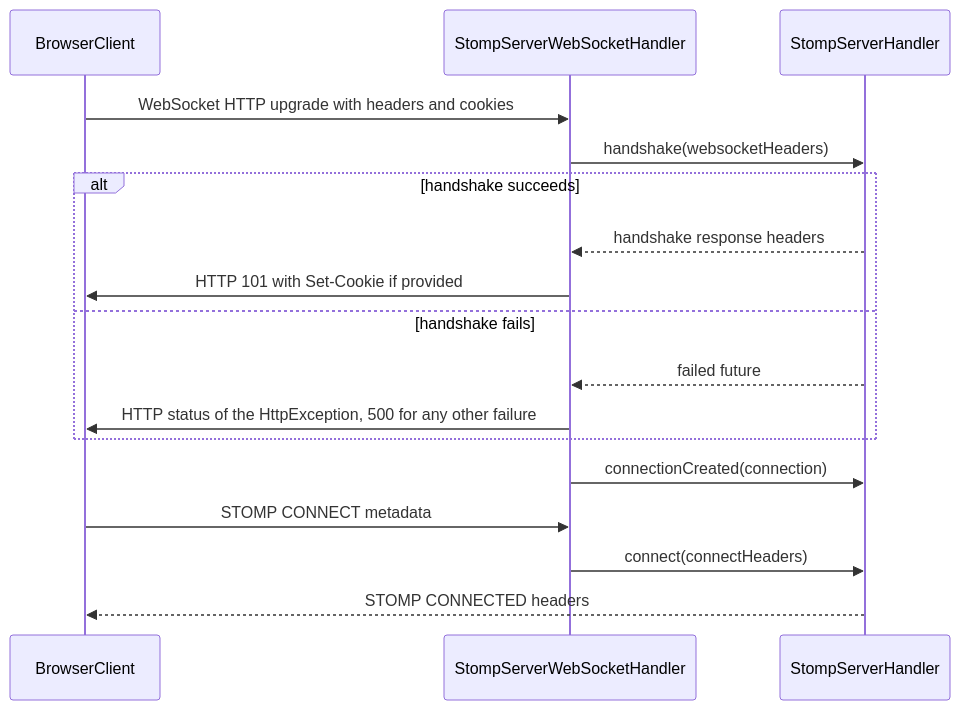
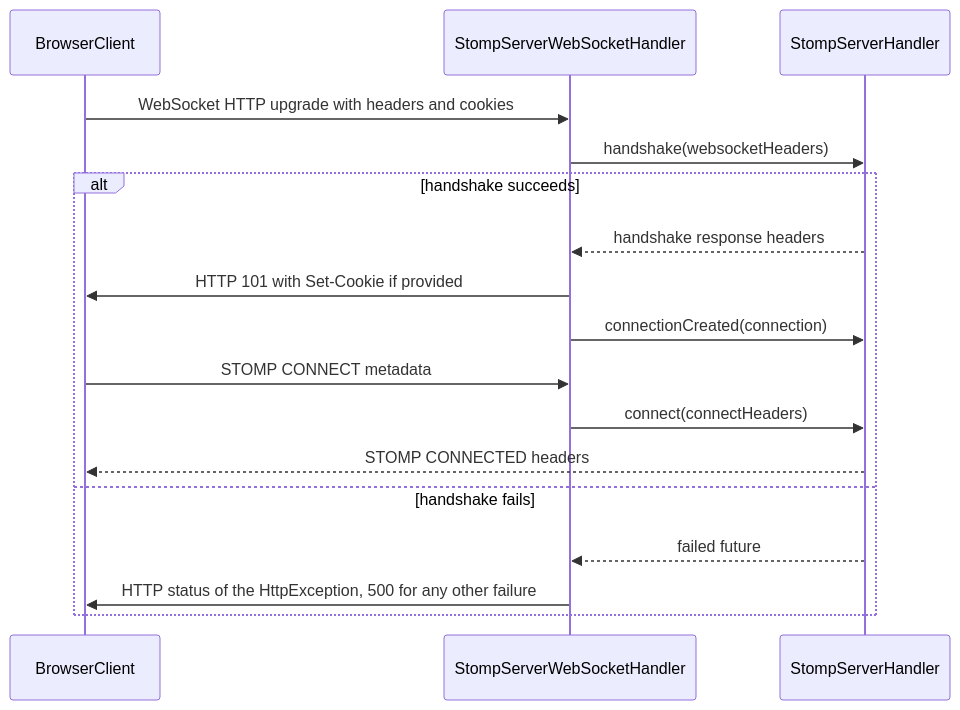
The first of 2 diagrams in README.md (kinotic-ai/vertx-stomp-lite), drawn with Mermaid before and after one commit. The commit also changed other lines of this file and 1 other file, not shown here.

Commit message:
Say which clients can read a failed handshake's status, and prove the status is the exception's
The README's handshake section names the clients that can tell a 401 from a 503: a browser's WebSocket API withholds the status of a failed upgrade, so only a client that reads it, such as the Vert.x client, can. Its sequence diagram keeps connectionCreated and the CONNECT exchange inside the branch where the handshake succeeded, since a failed handshake ends the response without a connection. The HttpException test fails the handshake with a 503, which a server answering every failure with a 401 would not pass.

Claude-Session: https://claude.ai/code/session_0168eKzEJ5brHcJUqrujffDD

````diff
--- a/README.md
+++ b/README.md
@@ -11,20 +11,20 @@
 ```mermaid
 sequenceDiagram
     participant browserClient as BrowserClient
     participant wsHandler as StompServerWebSocketHandler
     participant stompHandler as StompServerHandler
 
     browserClient->>wsHandler: WebSocket HTTP upgrade with headers and cookies
     wsHandler->>stompHandler: handshake(websocketHeaders)
     alt handshake succeeds
         stompHandler-->>wsHandler: handshake response headers
         wsHandler->>browserClient: HTTP 101 with Set-Cookie if provided
+        wsHandler->>stompHandler: connectionCreated(connection)
+        browserClient->>wsHandler: STOMP CONNECT metadata
+        wsHandler->>stompHandler: connect(connectHeaders)
+        stompHandler-->>browserClient: STOMP CONNECTED headers
     else handshake fails
         stompHandler-->>wsHandler: failed future
         wsHandler->>browserClient: HTTP status of the HttpException, 500 for any other failure
     end
-    wsHandler->>stompHandler: connectionCreated(connection)
-    browserClient->>wsHandler: STOMP CONNECT metadata
-    wsHandler->>stompHandler: connect(connectHeaders)
-    stompHandler-->>browserClient: STOMP CONNECTED headers
 ```
````
